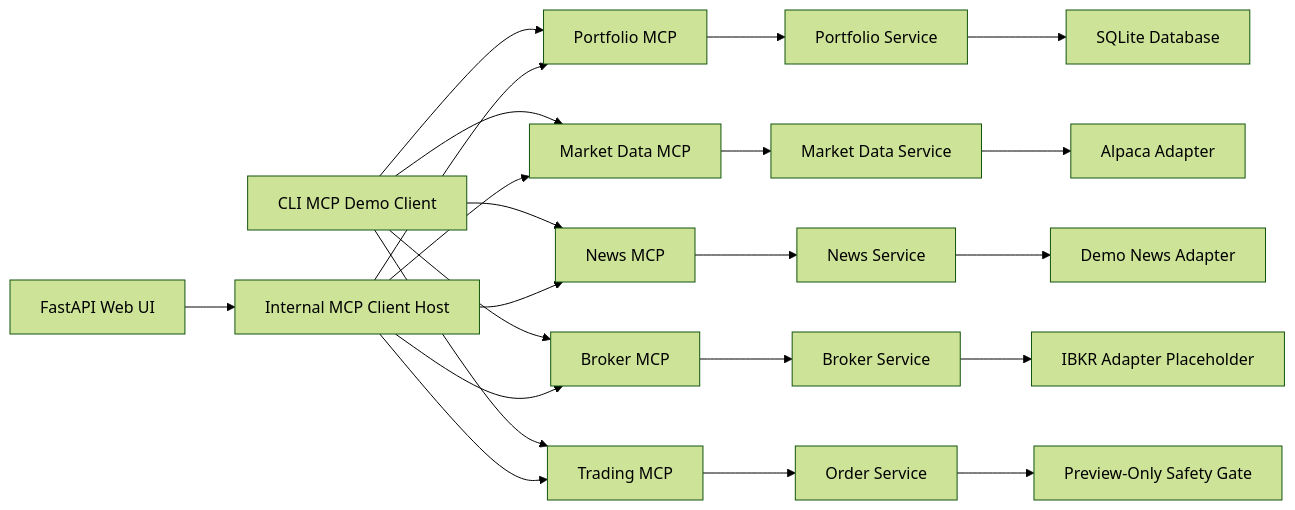
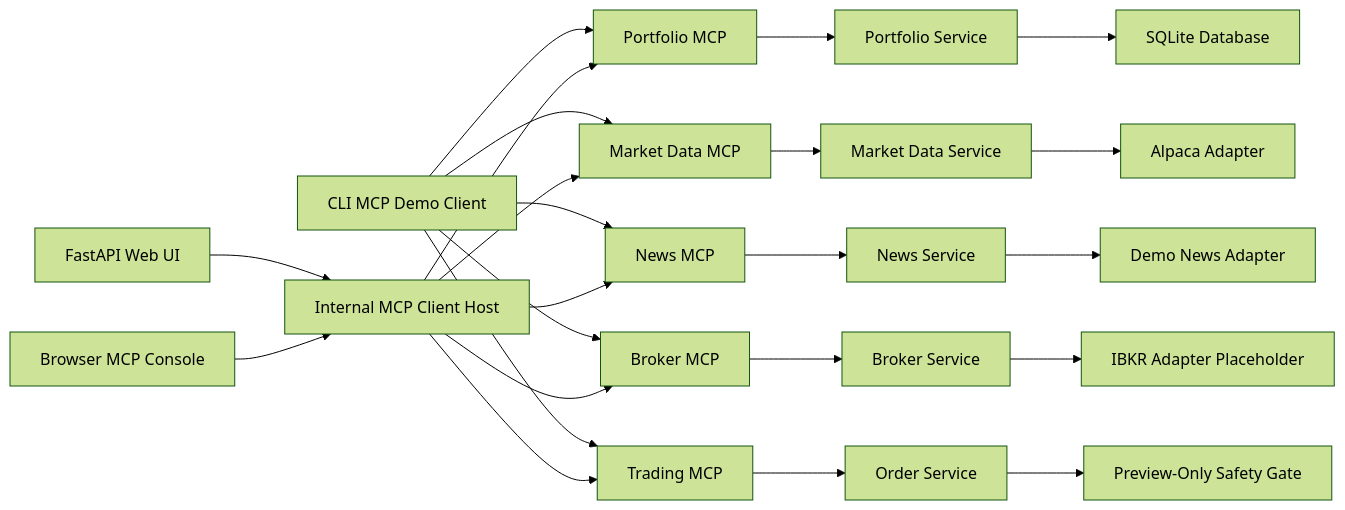
The first of 7 diagrams in docs/architecture_plan.md (thejavascriptways/IFSC-78603-Graduate-Project-trading_journal-mcp), drawn with Mermaid (forest theme) before and after one commit. The commit also changed other lines of this file and 11 other files, not shown here.

````diff
--- a/docs/architecture_plan.md
+++ b/docs/architecture_plan.md
@@ -17,27 +20,28 @@
 ```mermaid
 flowchart LR
     UI["FastAPI Web UI"] --> HOST["Internal MCP Client Host"]
+    CONSOLE["Browser MCP Console"] --> HOST
     CLI["CLI MCP Demo Client"] --> PMCP["Portfolio MCP"]
     CLI --> MMCP["Market Data MCP"]
     CLI --> NMCP["News MCP"]
     CLI --> BMCP["Broker MCP"]
     CLI --> TMCP["Trading MCP"]
 
     HOST --> PMCP
     HOST --> MMCP
     HOST --> NMCP
     HOST --> BMCP
     HOST --> TMCP
 
     PMCP --> PORT["Portfolio Service"]
     MMCP --> MKT["Market Data Service"]
     NMCP --> NEWS["News Service"]
     BMCP --> BROKER["Broker Service"]
     TMCP --> ORDERS["Order Service"]
 
     PORT --> DB["SQLite Database"]
     MKT --> ALPACA["Alpaca Adapter"]
     NEWS --> DEMO["Demo News Adapter"]
     BROKER --> IBKR["IBKR Adapter Placeholder"]
     ORDERS --> SAFE["Preview-Only Safety Gate"]
 ```
````
